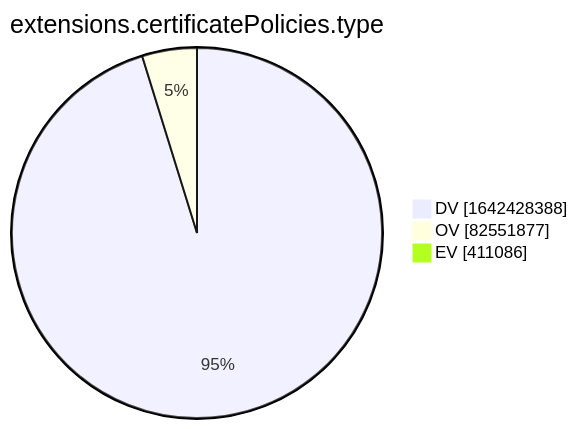
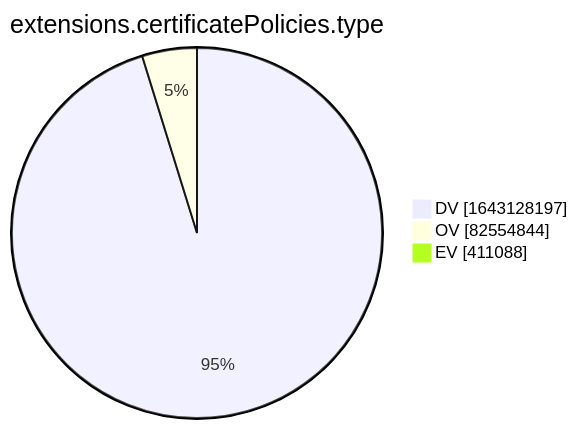
One commit to christiankrug/ctmonitor_visualization changed the tenth of 15 diagrams in xenon2022/README.md. Above: the diagram before and after it, drawn with Mermaid. The commit also changed other lines of this file, not shown here.

````diff
--- a/xenon2022/README.md
+++ b/xenon2022/README.md
@@ -2879,7 +2879,7 @@
 ```mermaid
 pie showData
 title extensions.certificatePolicies.type
-"DV" :1642428388
-"OV" :82551877
-"EV" :411086
+"DV" :1643128197
+"OV" :82554844
+"EV" :411088
 ```
````
